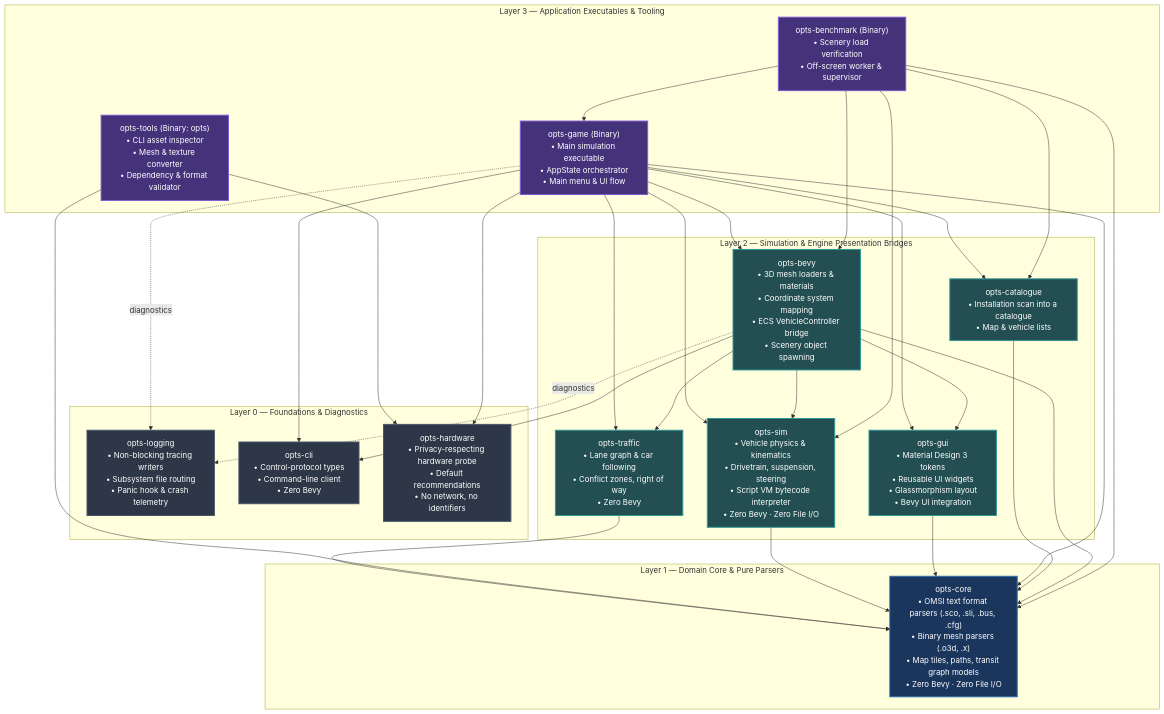
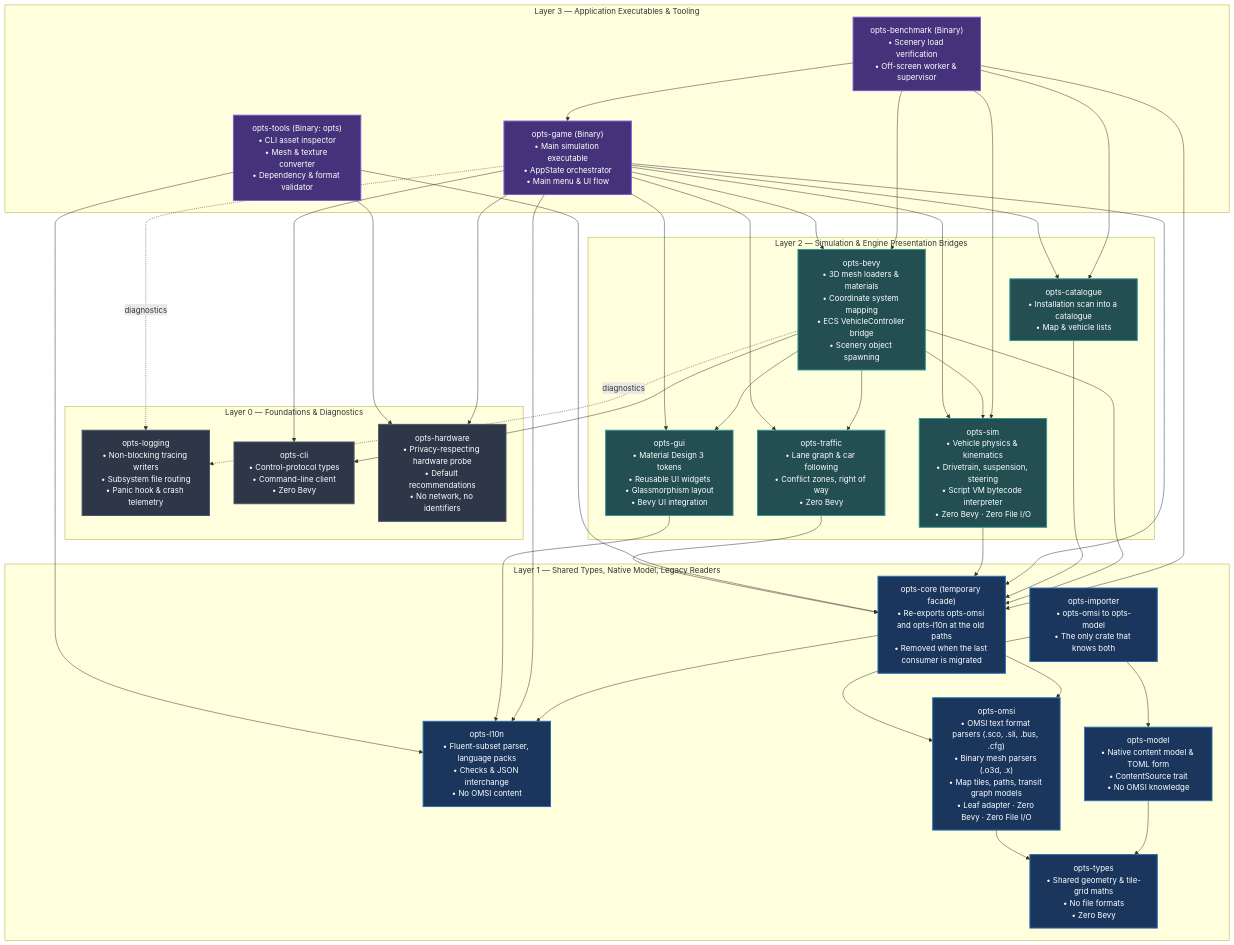
One commit to louisgoodnews/opts changed the diagram in docs/src/architecture/crate-graph.md. Above: the diagram before and after it, drawn with Mermaid. The commit also changed other lines of this file and 71 other files, not shown here.

Commit message:
feat(workspace): opts-importer, opts-model stubs, omsi-uses ratchet, l10n consumers on opts-l10n; ADR-0014 accepted, crate graph and CONTRIBUTING updated (M-0131 to M-0134)

````diff
--- a/docs/src/architecture/crate-graph.md
+++ b/docs/src/architecture/crate-graph.md
@@ -11,63 +11,76 @@
 ```mermaid
 graph TD
     classDef foundation fill:#2d3748,stroke:#4a5568,stroke-width:2px,color:#fff;
     classDef domain fill:#1a365d,stroke:#2b6cb0,stroke-width:2px,color:#fff;
     classDef bridge fill:#234e52,stroke:#319795,stroke-width:2px,color:#fff;
     classDef app fill:#44337a,stroke:#805ad5,stroke-width:2px,color:#fff;
 
     %% Layer 0: Foundations
     subgraph L0 ["Layer 0 — Foundations & Diagnostics"]
         opts_logging["opts-logging<br/>• Non-blocking tracing writers<br/>• Subsystem file routing<br/>• Panic hook & crash telemetry"]:::foundation
         opts_cli["opts-cli<br/>• Control-protocol types<br/>• Command-line client<br/>• Zero Bevy"]:::foundation
         opts_hardware["opts-hardware<br/>• Privacy-respecting hardware probe<br/>• Default recommendations<br/>• No network, no identifiers"]:::foundation
     end
 
     %% Layer 1: Domain Core & Parsers
-    subgraph L1 ["Layer 1 — Domain Core & Pure Parsers"]
-        opts_core["opts-core<br/>• OMSI text format parsers (.sco, .sli, .bus, .cfg)<br/>• Binary mesh parsers (.o3d, .x)<br/>• Map tiles, paths, transit graph models<br/>• Zero Bevy · Zero File I/O"]:::domain
+    subgraph L1 ["Layer 1 — Shared Types, Native Model, Legacy Readers"]
+        opts_types["opts-types<br/>• Shared geometry & tile-grid maths<br/>• No file formats<br/>• Zero Bevy"]:::domain
+        opts_l10n["opts-l10n<br/>• Fluent-subset parser, language packs<br/>• Checks & JSON interchange<br/>• No OMSI content"]:::domain
+        opts_omsi["opts-omsi<br/>• OMSI text format parsers (.sco, .sli, .bus, .cfg)<br/>• Binary mesh parsers (.o3d, .x)<br/>• Map tiles, paths, transit graph models<br/>• Leaf adapter · Zero Bevy · Zero File I/O"]:::domain
+        opts_model["opts-model<br/>• Native content model & TOML form<br/>• ContentSource trait<br/>• No OMSI knowledge"]:::domain
+        opts_importer["opts-importer<br/>• opts-omsi to opts-model<br/>• The only crate that knows both"]:::domain
+        opts_core["opts-core (temporary facade)<br/>• Re-exports opts-omsi and opts-l10n at the old paths<br/>• Removed when the last consumer is migrated"]:::domain
     end
 
     %% Layer 2: Domain Simulation & Engine Bridges
     subgraph L2 ["Layer 2 — Simulation & Engine Presentation Bridges"]
         opts_sim["opts-sim<br/>• Vehicle physics & kinematics<br/>• Drivetrain, suspension, steering<br/>• Script VM bytecode interpreter<br/>• Zero Bevy · Zero File I/O"]:::bridge
         opts_traffic["opts-traffic<br/>• Lane graph & car following<br/>• Conflict zones, right of way<br/>• Zero Bevy"]:::bridge
         opts_catalogue["opts-catalogue<br/>• Installation scan into a catalogue<br/>• Map & vehicle lists"]:::bridge
         opts_gui["opts-gui<br/>• Material Design 3 tokens<br/>• Reusable UI widgets<br/>• Glassmorphism layout<br/>• Bevy UI integration"]:::bridge
         opts_bevy["opts-bevy<br/>• 3D mesh loaders & materials<br/>• Coordinate system mapping<br/>• ECS VehicleController bridge<br/>• Scenery object spawning"]:::bridge
     end
 
     %% Layer 3: Application Executables & Tools
     subgraph L3 ["Layer 3 — Application Executables & Tooling"]
         opts_game["opts-game (Binary)<br/>• Main simulation executable<br/>• AppState orchestrator<br/>• Main menu & UI flow"]:::app
         opts_benchmark["opts-benchmark (Binary)<br/>• Scenery load verification<br/>• Off-screen worker & supervisor"]:::app
         opts_tools["opts-tools (Binary: opts)<br/>• CLI asset inspector<br/>• Mesh & texture converter<br/>• Dependency & format validator"]:::app
     end
 
     %% Dependencies
     opts_benchmark --> opts_bevy
     opts_benchmark --> opts_catalogue
     opts_benchmark --> opts_core
     opts_benchmark --> opts_game
     opts_benchmark --> opts_sim
     opts_bevy --> opts_cli
     opts_bevy --> opts_core
     opts_bevy --> opts_gui
     opts_bevy -.->|diagnostics| opts_logging
     opts_bevy --> opts_sim
     opts_bevy --> opts_traffic
     opts_catalogue --> opts_core
+    opts_core --> opts_l10n
+    opts_core --> opts_omsi
     opts_game --> opts_bevy
     opts_game --> opts_catalogue
     opts_game --> opts_cli
     opts_game --> opts_core
     opts_game --> opts_gui
     opts_game --> opts_hardware
+    opts_game --> opts_l10n
     opts_game -.->|diagnostics| opts_logging
     opts_game --> opts_sim
     opts_game --> opts_traffic
-    opts_gui --> opts_core
+    opts_gui --> opts_l10n
+    opts_importer --> opts_model
+    opts_importer --> opts_omsi
+    opts_model --> opts_types
+    opts_omsi --> opts_types
     opts_sim --> opts_core
     opts_tools --> opts_core
     opts_tools --> opts_hardware
+    opts_tools --> opts_l10n
     opts_traffic --> opts_core
 ```
````
